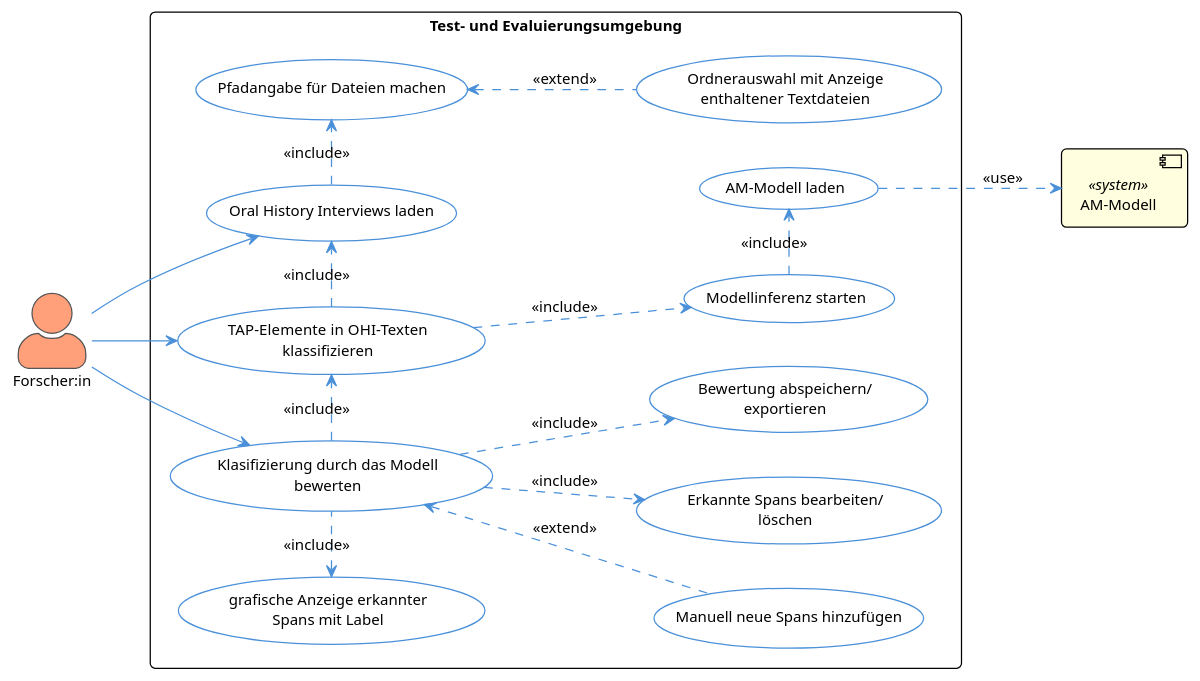
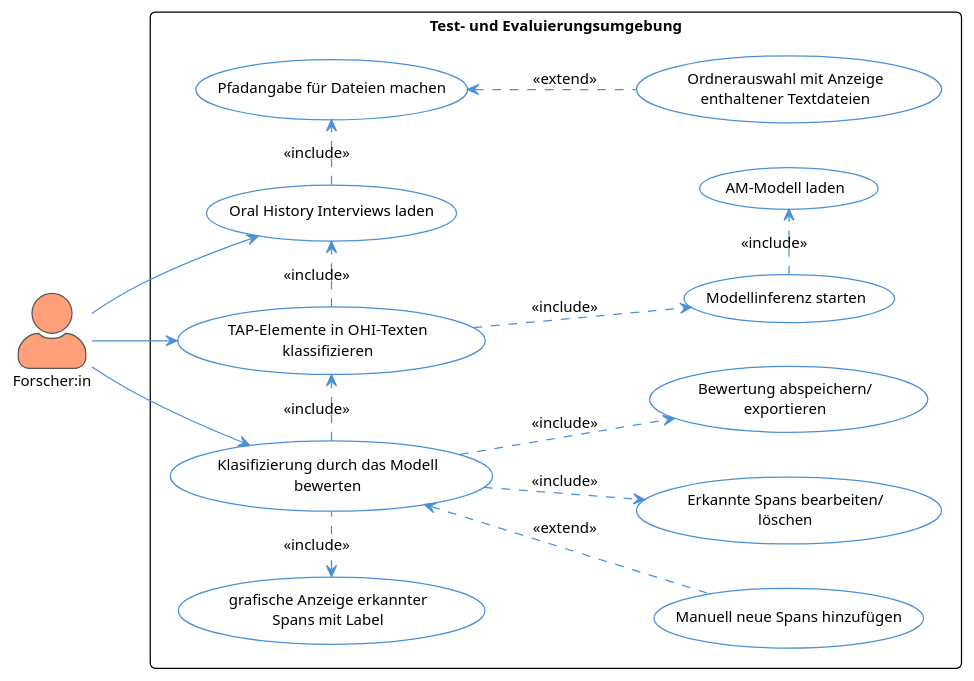
The diagram in documentation/app/use-case.plantuml (felixdrescher/german_am_modell), drawn with PlantUML before and after one commit. The commit also changed 5 other files, not shown here.

Commit message:
finalizes uml with small changes

```diff
--- a/documentation/app/use-case.plantuml
+++ b/documentation/app/use-case.plantuml
@@ -1,60 +1,58 @@
 @startuml FZ22_UseCases
 !theme plain
 skinparam defaultFontName Arial
 skinparam defaultFontSize 12
 skinparam roundcorner 8
 skinparam actorStyle awesome
 
 skinparam usecase {
     BorderColor #4A90D9
     ArrowColor #4A90D9
 }
 
 skinparam actor {
     BackgroundColor #FAFAFA
     BorderColor #555
 }
 
 left to right direction
 
 ' ── Akteure ──────────────────────────────────────────────
 actor "Forscher:in" as USER #LightSalmon
-component "AM-Modell"  as MODEL <<system>> #LightYellow
 
 ' ── Use Cases ─────────────────────────────────────────────
 rectangle "Test- und Evaluierungsumgebung" {
 
     usecase "Oral History Interviews laden" as UC1
     usecase "Pfadangabe für Dateien machen" as UC1_1
     usecase "Ordnerauswahl mit Anzeige\nenthaltener Textdateien" as UC1_1_1
 
     usecase "TAP-Elemente in OHI-Texten\nklassifizieren" as UC2
     usecase "Modellinferenz starten" as UC2_1
     usecase "AM-Modell laden" as UC2_1_1
 
     usecase "Klasifizierung durch das Modell\nbewerten" as UC3
     usecase "grafische Anzeige erkannter\nSpans mit Label" as UC3_1
     usecase "Manuell neue Spans hinzufügen" as UC3_2
     usecase "Erkannte Spans bearbeiten/\nlöschen" as UC3_3
     usecase "Bewertung abspeichern/\nexportieren" as UC3_4
 }
 
 ' ── Beziehungen Forscher:in ────────────────────────────────
 USER --> UC1
 USER --> UC2
 USER --> UC3
 
 ' ── Include / Extend ──────────────────────────────────────
 UC1         .right.>    UC1_1  : <<include>>
 UC1_1_1     .up.>       UC1_1 : <<extend>>
 UC2         .right.>    UC1  : <<include>>
 UC2         .down.>     UC2_1  : <<include>>
 UC2_1       .right.>    UC2_1_1 : <<include>>
-UC2_1_1     .down.>     MODEL : <<use>>
 UC3         .right.>    UC2 : <<include>>
 UC3         .left.>     UC3_1 : <<include>>
 UC3         .down.>     UC3_3 : <<include>>
 UC3_2       .up.>       UC3 : <<extend>>
 UC3         .down.>     UC3_4 : <<include>>
 
 @enduml
```
